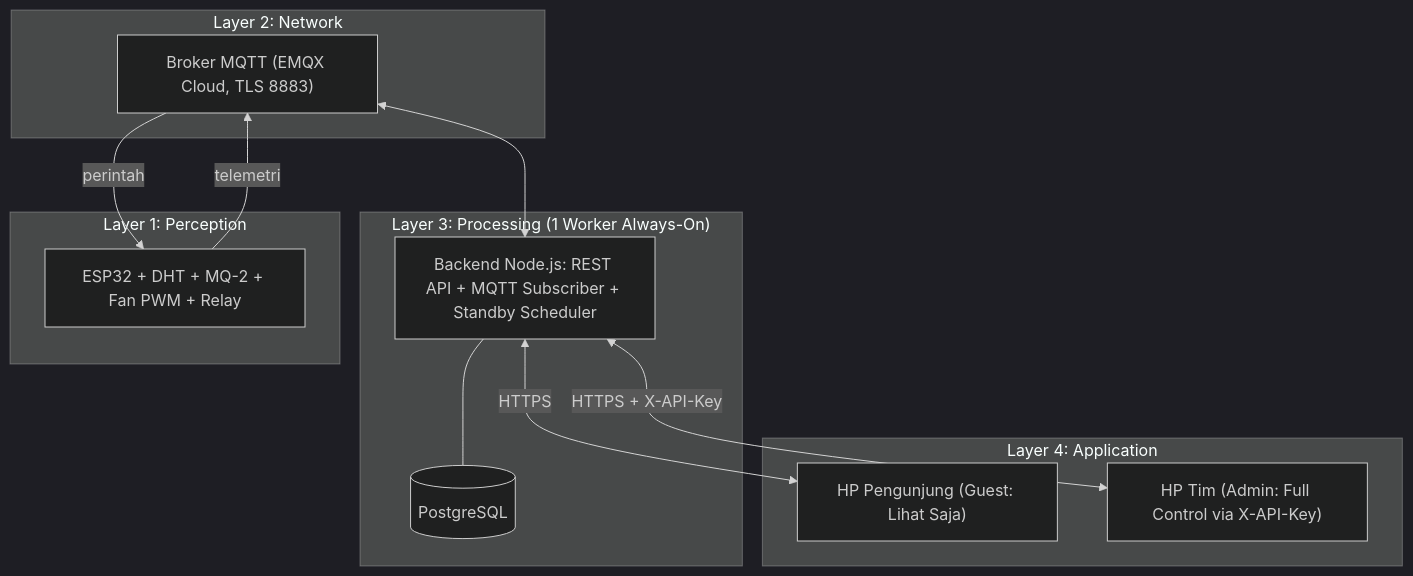
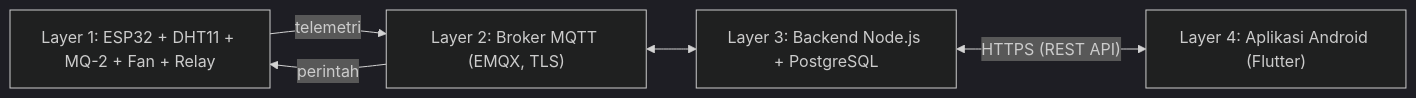
The diagram in README.md (anubluskrin/smart-exhaus-fan), drawn with Mermaid (dark theme) before and after one commit. The commit also changed other lines of this file, not shown here.

````diff
--- a/README.md
+++ b/README.md
@@ -51,23 +29,11 @@
 ```mermaid
-flowchart TB
-  subgraph L4["Layer 4: Application"]
-    GUEST["HP Pengunjung (Guest: Lihat Saja)"]
-    ADMIN["HP Tim (Admin: Full Control via X-API-Key)"]
-  end
-  subgraph L3["Layer 3: Processing (1 Worker Always-On)"]
-    API["Backend Node.js: REST API + MQTT Subscriber + Standby Scheduler"]
-    DB[("PostgreSQL")]
-    API --- DB
-  end
-  subgraph L2["Layer 2: Network"]
-    MQ["Broker MQTT (EMQX Cloud, TLS 8883)"]
-  end
-  subgraph L1["Layer 1: Perception"]
-    ESP["ESP32 + DHT + MQ-2 + Fan PWM + Relay"]
-  end
-  ESP -- "telemetri" --> MQ
-  MQ -- "perintah" --> ESP
-  MQ <--> API
-  API <-- "HTTPS" --> GUEST
-  API <-- "HTTPS + X-API-Key" --> ADMIN
+flowchart LR
+  ESP["Layer 1: ESP32 + DHT11 + MQ-2 + Fan + Relay"]
+  MQ["Layer 2: Broker MQTT (EMQX, TLS)"]
+  BE["Layer 3: Backend Node.js + PostgreSQL"]
+  APP["Layer 4: Aplikasi Android (Flutter)"]
+  ESP -- telemetri --> MQ
+  MQ -- perintah --> ESP
+  MQ <--> BE
+  BE <-- "HTTPS (REST API)" --> APP
 ```
````
